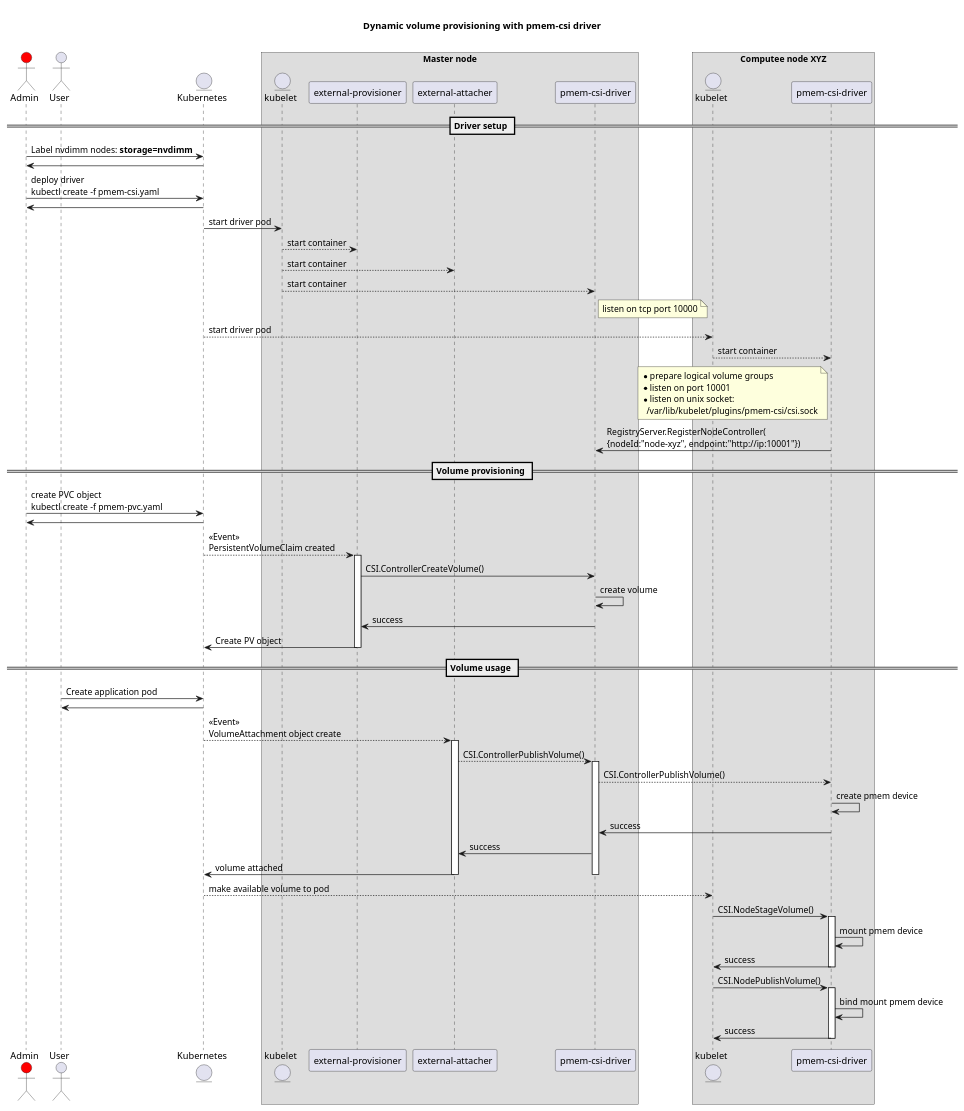
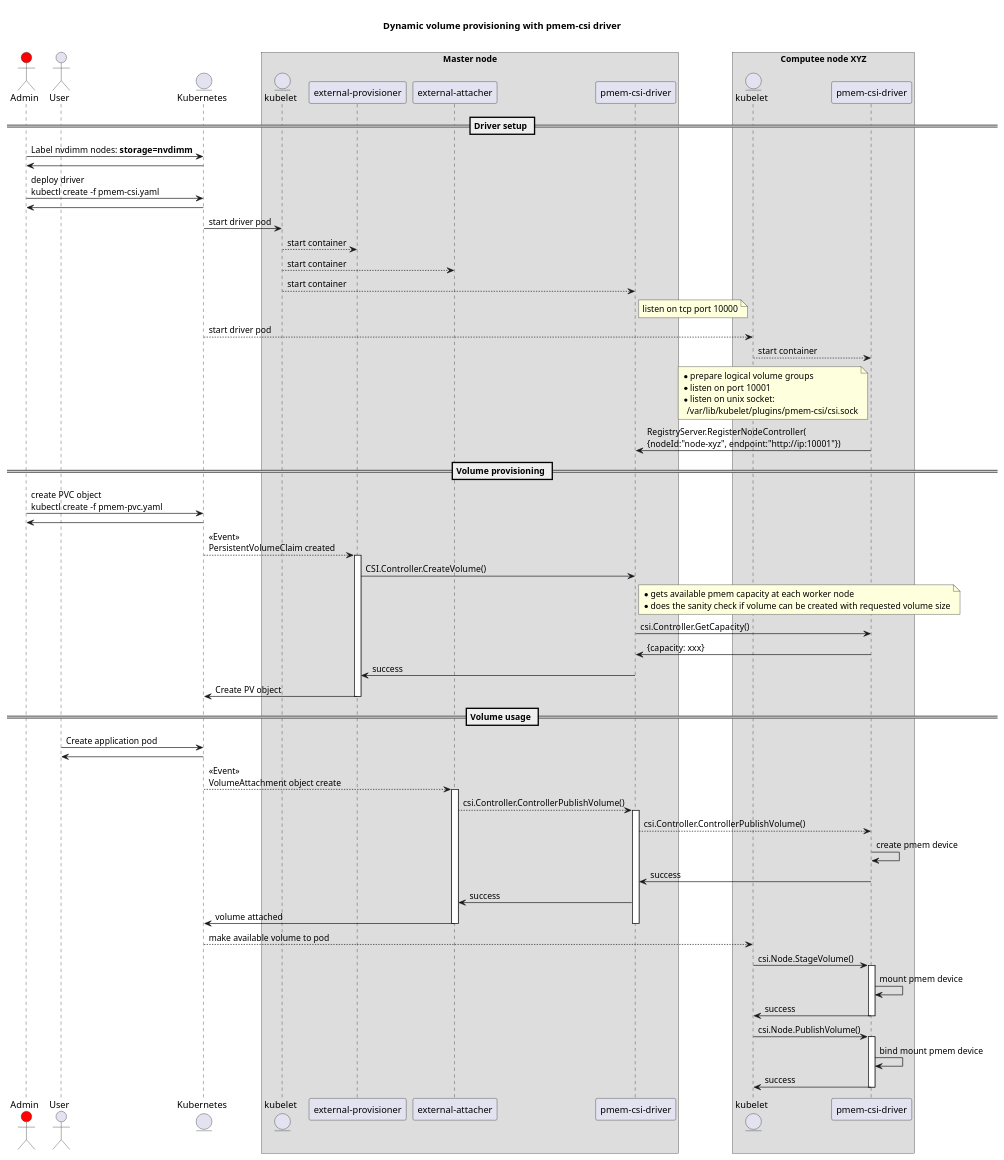
Before and after one commit to intel/pmem-csi: the diagram in docs/diagrams/sequence.wsd, drawn with PlantUML. The commit also changed 6 other files, not shown here.

First line of the commit message:
Offload GetCapacity() from RegistryServer to Node ControllerServer

```diff
--- a/docs/diagrams/sequence.wsd
+++ b/docs/diagrams/sequence.wsd
@@ -1,85 +1,90 @@
 @startuml "pmem-csi-sequence-diagram"
 
 title \nDynamic volume provisioning with pmem-csi driver\n
 
 skinparam BoxPadding 40
 
 actor Admin as admin #red
 actor User as user
 entity Kubernetes as k8s
 box "Master node"
 entity kubelet as masterkubelet
 participant "external-provisioner" as provisioner
 participant "external-attacher" as attacher
 participant "pmem-csi-driver" as masterdriver
 endbox
 
 box "Computee node XYZ"
 entity kubelet as nodekubelet
 participant "pmem-csi-driver" as nodedriver
 endbox
 
 == Driver setup ==
 admin->k8s:Label nvdimm nodes: <b>storage=nvdimm</b>
 k8s->admin
 
 admin->k8s:deploy driver\nkubectl create -f pmem-csi.yaml
 k8s->admin
 k8s->masterkubelet:start driver pod
 masterkubelet-->provisioner:start container
 masterkubelet-->attacher:start container
 masterkubelet-->masterdriver:start container
 note right of masterdriver
     listen on tcp port 10000
 end note
 k8s-->nodekubelet:start driver pod
 nodekubelet-->nodedriver:start container
 note left of nodedriver
     * prepare logical volume groups
     * listen on port 10001
     * listen on unix socket:
       /var/lib/kubelet/plugins/pmem-csi/csi.sock
 end note
 nodedriver->masterdriver:RegistryServer.RegisterNodeController(\n{nodeId:"node-xyz", endpoint:"http://ip:10001"})
 
 == Volume provisioning ==
 admin->k8s:create PVC object\nkubectl create -f pmem-pvc.yaml
 k8s->admin
 k8s-->provisioner:<<Event>>\nPersistentVolumeClaim created
 activate provisioner
-provisioner->masterdriver:CSI.ControllerCreateVolume()
-masterdriver->masterdriver:create volume
+provisioner->masterdriver:CSI.Controller.CreateVolume()
+note right of masterdriver
+    * gets available pmem capacity at each worker node
+    * does the sanity check if volume can be created with requested volume size
+end note
+masterdriver->nodedriver:csi.Controller.GetCapacity()
+nodedriver->masterdriver:{capacity: xxx}
 masterdriver->provisioner:success
 provisioner->k8s:Create PV object
 deactivate provisioner
 
 == Volume usage ==
 user->k8s:Create application pod
 k8s->user
 
 k8s-->attacher:<<Event>>\nVolumeAttachment object create
 activate attacher
-attacher-->masterdriver:CSI.ControllerPublishVolume()
+attacher-->masterdriver:csi.Controller.ControllerPublishVolume()
 activate masterdriver
-masterdriver-->nodedriver:CSI.ControllerPublishVolume()
+masterdriver-->nodedriver:csi.Controller.ControllerPublishVolume()
 nodedriver->nodedriver:create pmem device
 nodedriver->masterdriver:success
 masterdriver->attacher:success
 attacher->k8s:volume attached
 deactivate masterdriver
 deactivate attacher
 
 k8s-->nodekubelet:make available volume to pod
-nodekubelet->nodedriver:CSI.NodeStageVolume()
+nodekubelet->nodedriver:csi.Node.StageVolume()
 activate nodedriver
 nodedriver->nodedriver:mount pmem device
 nodedriver->nodekubelet:success
 deactivate nodedriver
 
-nodekubelet->nodedriver:CSI.NodePublishVolume()
+nodekubelet->nodedriver:csi.Node.PublishVolume()
 activate nodedriver
 nodedriver->nodedriver:bind mount pmem device
 nodedriver->nodekubelet:success
 deactivate nodedriver
 
 @enduml
```
